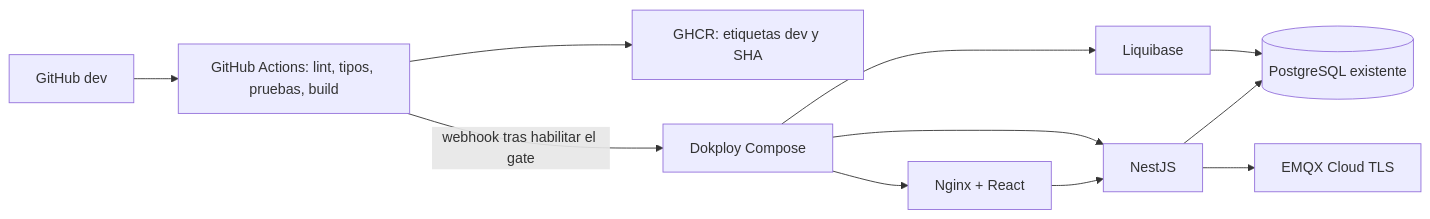
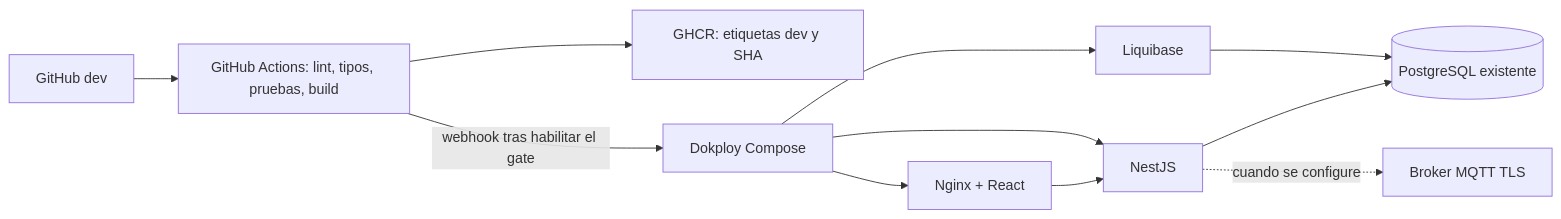
The diagram in docs/deployment/ARCHITECTURE.md (nataliachala1/smarthome-database), drawn with Mermaid before and after one commit. The commit also changed other lines of this file and 3 other files, not shown here.

````diff
--- a/docs/deployment/ARCHITECTURE.md
+++ b/docs/deployment/ARCHITECTURE.md
@@ -15,13 +15,13 @@
 ```mermaid
 flowchart LR
   GH[GitHub dev] --> CI[GitHub Actions: lint, tipos, pruebas, build]
   CI --> GHCR[GHCR: etiquetas dev y SHA]
   CI -->|webhook tras habilitar el gate| D[Dokploy Compose]
   D --> LB[Liquibase]
   LB --> PG[(PostgreSQL existente)]
   D --> API[NestJS]
   API --> PG
-  API --> MQTT[EMQX Cloud TLS]
+  API -. cuando se configure .-> MQTT[Broker MQTT TLS]
   D --> WEB[Nginx + React]
   WEB --> API
 ```
````
